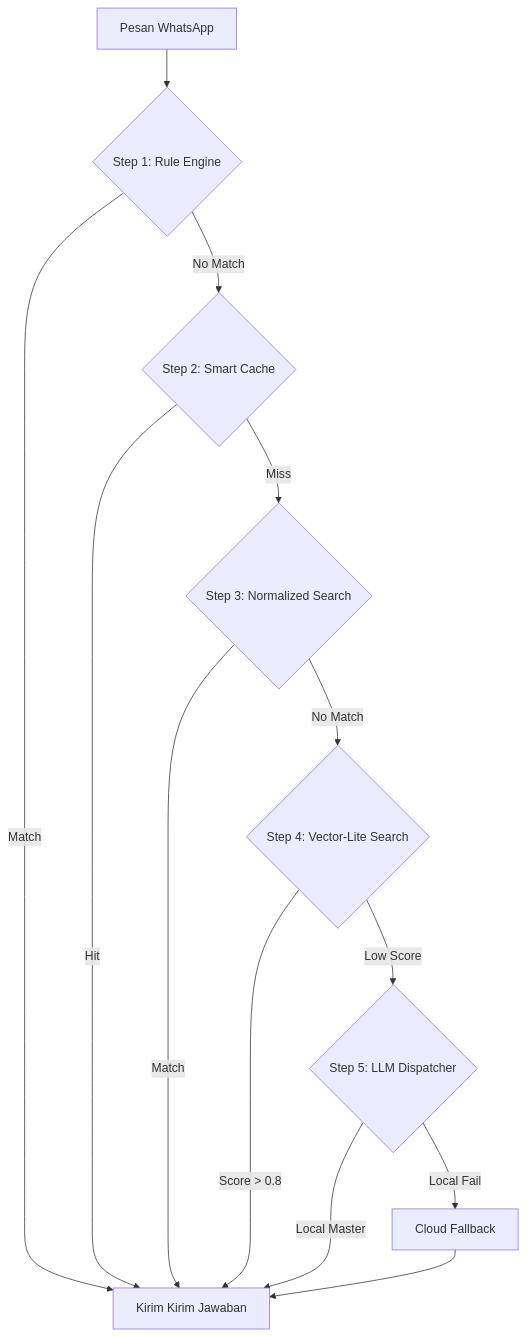
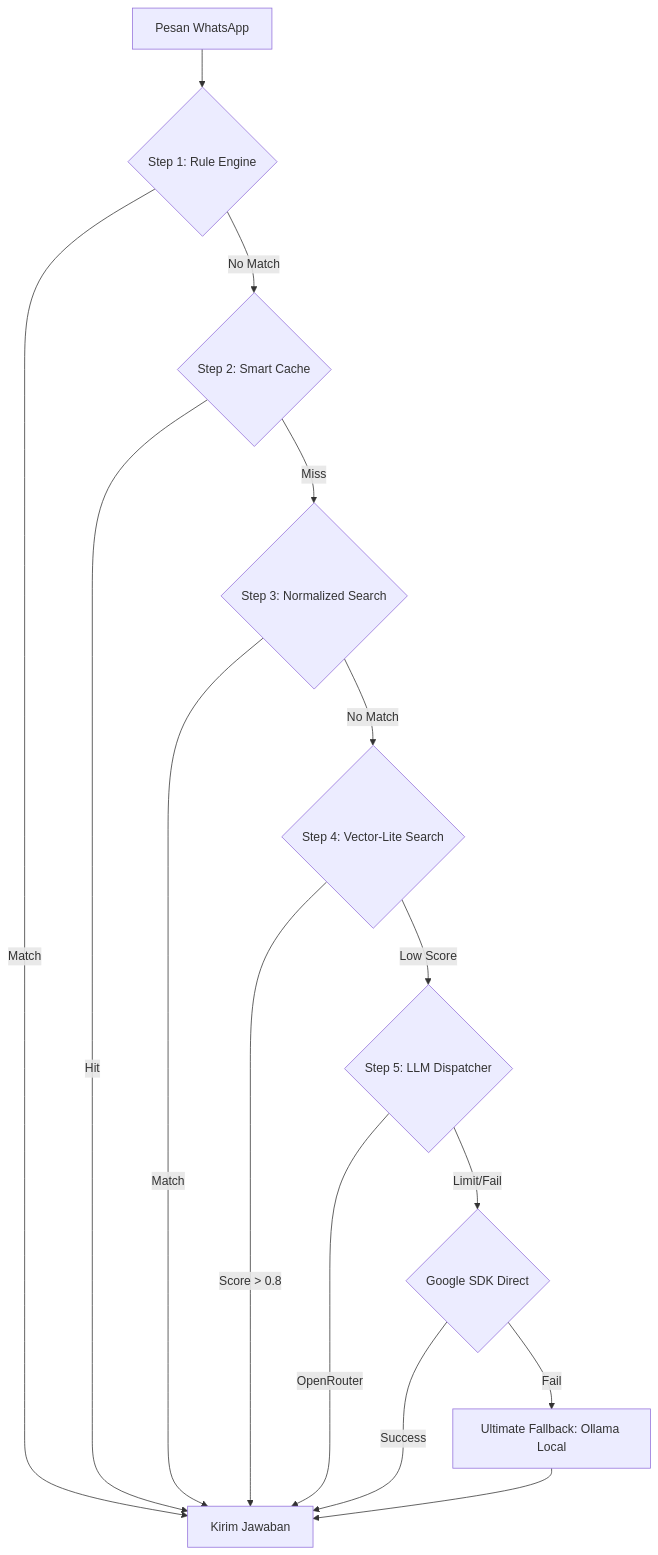
The diagram in ReadMeForDevs.md (malikamrullah131/ImiBot), drawn with Mermaid before and after one commit. The commit also changed other lines of this file and 9 other files, not shown here.

````diff
--- a/ReadMeForDevs.md
+++ b/ReadMeForDevs.md
@@ -13,14 +13,16 @@
 ```mermaid
 graph TD
     A[Pesan WhatsApp] --> B{Step 1: Rule Engine}
-    B -- Match --> C[Kirim Kirim Jawaban]
+    B -- Match --> C[Kirim Jawaban]
     B -- No Match --> D{Step 2: Smart Cache}
     D -- Hit --> C
     D -- Miss --> E{Step 3: Normalized Search}
     E -- Match --> C
     E -- No Match --> F{Step 4: Vector-Lite Search}
     F -- Score > 0.8 --> C
     F -- Low Score --> G{Step 5: LLM Dispatcher}
-    G -- Local Master --> C
-    G -- Local Fail --> H[Cloud Fallback] --> C
+    G -- OpenRouter --> C
+    G -- Limit/Fail --> H{Google SDK Direct}
+    H -- Success --> C
+    H -- Fail --> I[Ultimate Fallback: Ollama Local] --> C
 ```
````
